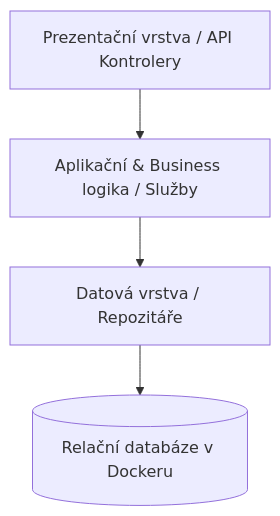
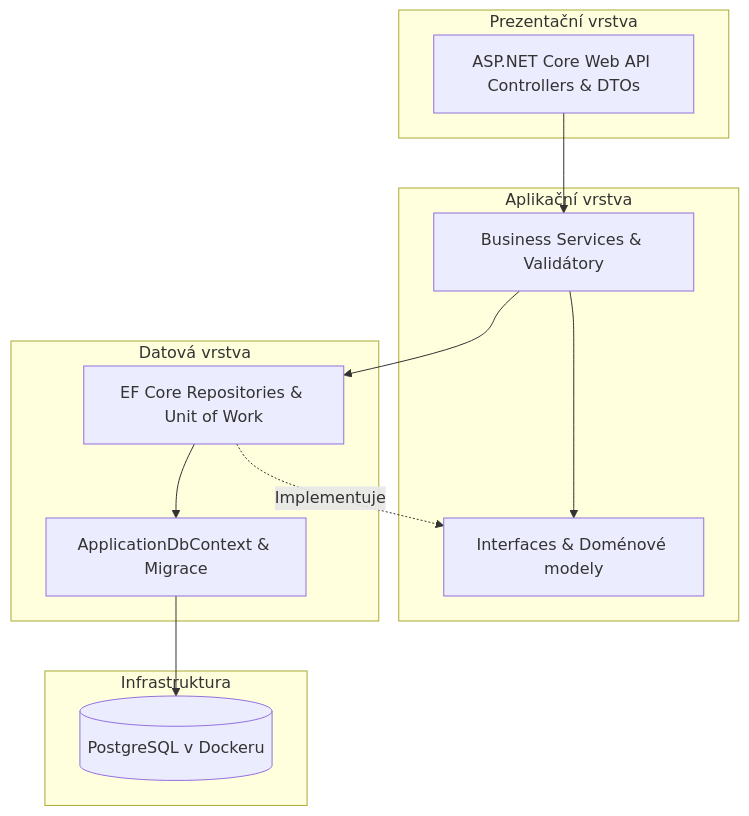
One commit to SeaSharpGlass/ProjektSchool changed the first of 2 diagrams in README.md. Above: the diagram before and after it, drawn with Mermaid. The commit also changed other lines of this file, not shown here.

Commit message:
docs: specifikace Zadání B (Sklad pro malý e-shop), návrh doménového modelu a tech stacku (.NET/PostgreSQL)

````diff
--- a/README.md
+++ b/README.md
@@ -38,6 +51,27 @@
 ```mermaid
 graph TD
-    UI[Prezentační vrstva / API Kontrolery] --> BLL[Aplikační & Business logika / Služby]
-    BLL --> DAL[Datová vrstva / Repozitáře]
-    DAL --> DB[(Relační databáze v Dockeru)]
+    subgraph Prezentační vrstva
+        API[ASP.NET Core Web API Controllers & DTOs]
+    end
+
+    subgraph Aplikační vrstva
+        SVC[Business Services & Validátory]
+        IFACE[Interfaces & Doménové modely]
+    end
+
+    subgraph Datová vrstva
+        REPO[EF Core Repositories & Unit of Work]
+        CTX[ApplicationDbContext & Migrace]
+    end
+
+    subgraph Infrastruktura
+        DB[(PostgreSQL v Dockeru)]
+    end
+
+    API --> SVC
+    SVC --> IFACE
+    REPO -.->|Implementuje| IFACE
+    SVC --> REPO
+    REPO --> CTX
+    CTX --> DB
 ```
````
